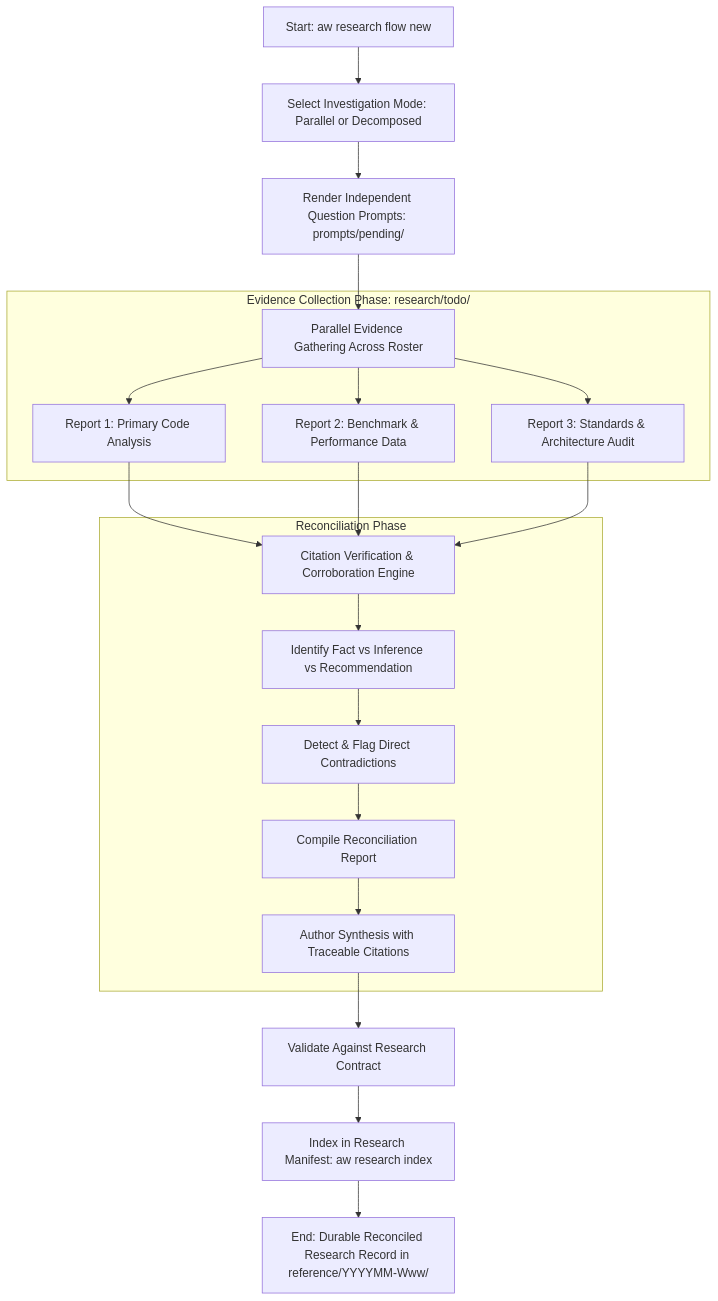
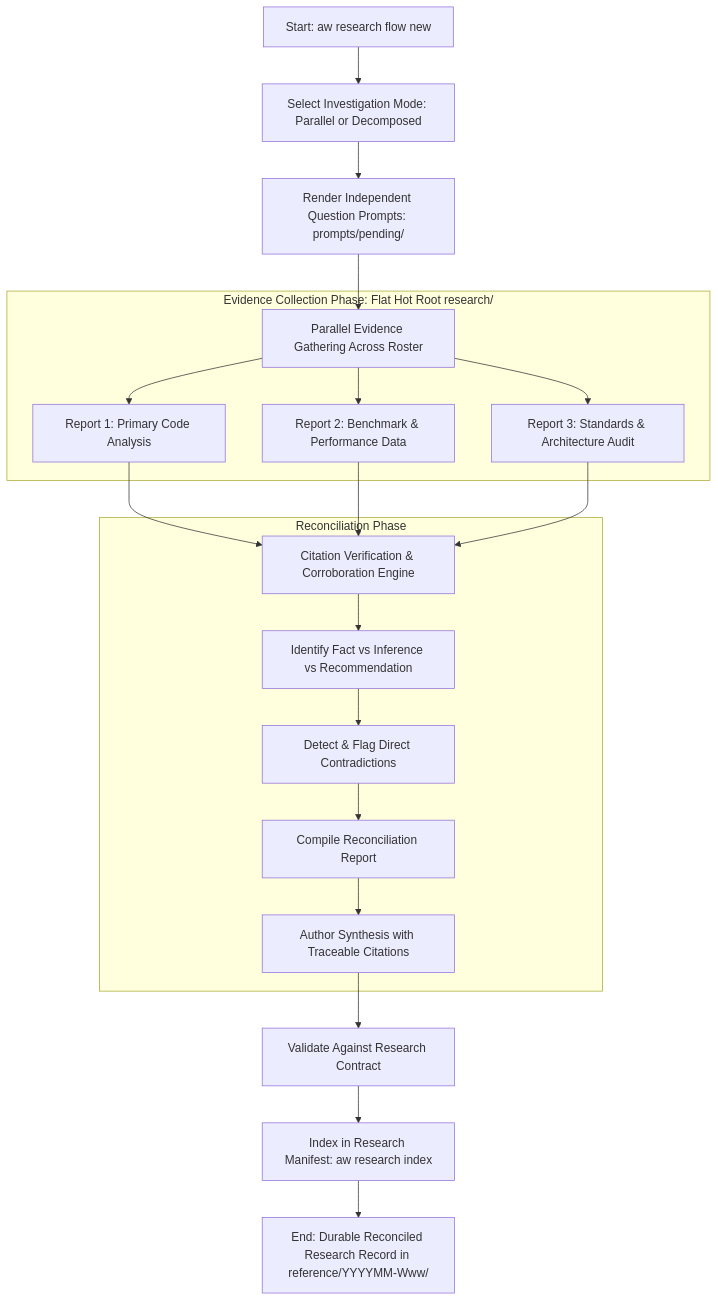
Before and after one commit to fariello/agent-workflows: the third of 4 diagrams in .aw/records/specs/draft/20261024-specflow-01-18hh1u-spec-research-synthesis.spec.md, drawn with Mermaid. The commit also changed other lines of this file and 1 other file, not shown here.

````diff
--- a/.aw/records/specs/draft/20261024-specflow-01-18hh1u-spec-research-synthesis.spec.md
+++ b/.aw/records/specs/draft/20261024-specflow-01-18hh1u-spec-research-synthesis.spec.md
@@ -789,27 +811,27 @@
 ```mermaid
 flowchart TD
     RA[Start: aw research flow new] --> RB[Select Investigation Mode: Parallel or Decomposed]
     RB --> RC[Render Independent Question Prompts: prompts/pending/]
     RC --> RD[Parallel Evidence Gathering Across Roster]
 
-    subgraph Evidence Collection Phase: research/todo/
+    subgraph Evidence_Phase ["Evidence Collection Phase: Flat Hot Root research/"]
         RD --> RE1[Report 1: Primary Code Analysis]
         RD --> RE2[Report 2: Benchmark & Performance Data]
         RD --> RE3[Report 3: Standards & Architecture Audit]
     end
 
     RE1 --> RF[Citation Verification & Corroboration Engine]
     RE2 --> RF
     RE3 --> RF
 
-    subgraph Reconciliation Phase
+    subgraph Reconcile_Phase ["Reconciliation Phase"]
         RF --> RG[Identify Fact vs Inference vs Recommendation]
         RG --> RH[Detect & Flag Direct Contradictions]
         RH --> RI[Compile Reconciliation Report]
         RI --> RJ[Author Synthesis with Traceable Citations]
     end
 
     RJ --> RK[Validate Against Research Contract]
     RK --> RL[Index in Research Manifest: aw research index]
     RL --> RM[End: Durable Reconciled Research Record in reference/YYYYMM-Www/]
 ```
````
